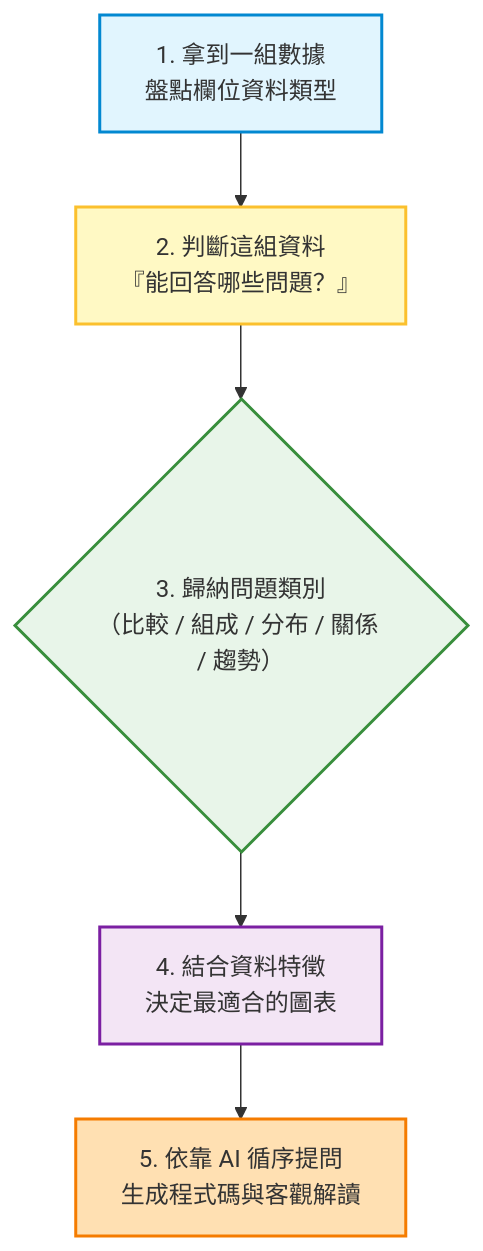
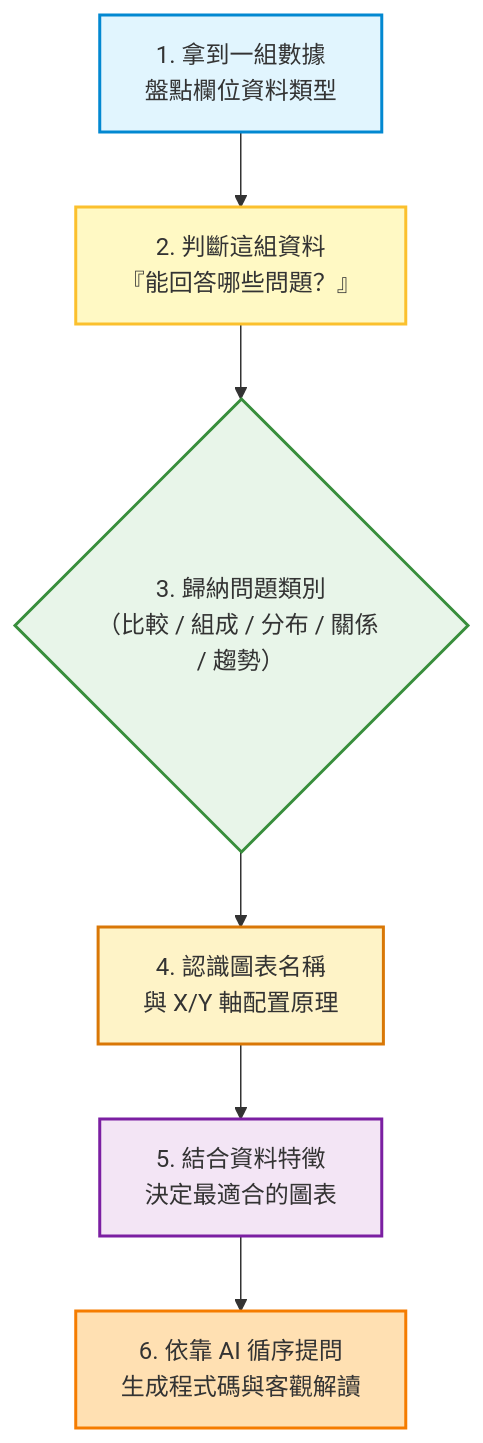
Before and after one commit to roberthsu2003/PythonForDataAnalysis: the first of 2 diagrams in 看懂資料與選對圖表/README.md, drawn with Mermaid. The commit also changed other lines of this file, not shown here.

````diff
--- a/看懂資料與選對圖表/README.md
+++ b/看懂資料與選對圖表/README.md
@@ -14,13 +14,15 @@
 ```mermaid
 graph TD
     Data["1. 拿到一組數據<br/>盤點欄位資料類型"] --> Questions["2. 判斷這組資料<br/>『能回答哪些問題？』"]
     Questions --> Category{"3. 歸納問題類別<br/>（比較 / 組成 / 分布 / 關係 / 趨勢）"}
-    Category --> Chart["4. 結合資料特徵<br/>決定最適合的圖表"]
-    Chart --> AIPrompt["5. 依靠 AI 循序提問<br/>生成程式碼與客觀解讀"]
+    Category --> ChartBasics["4. 認識圖表名稱<br/>與 X/Y 軸配置原理"]
+    ChartBasics --> Chart["5. 結合資料特徵<br/>決定最適合的圖表"]
+    Chart --> AIPrompt["6. 依靠 AI 循序提問<br/>生成程式碼與客觀解讀"]
 
     style Data fill:#e1f5fe,stroke:#0288d1,stroke-width:2px;
     style Questions fill:#fff9c4,stroke:#fbc02d,stroke-width:2px;
     style Category fill:#e8f5e9,stroke:#388e3c,stroke-width:2px;
+    style ChartBasics fill:#fef3c7,stroke:#d97706,stroke-width:2px;
     style Chart fill:#f3e5f5,stroke:#7b1fa2,stroke-width:2px;
     style AIPrompt fill:#ffe0b2,stroke:#f57c00,stroke-width:2px;
 ```
````
